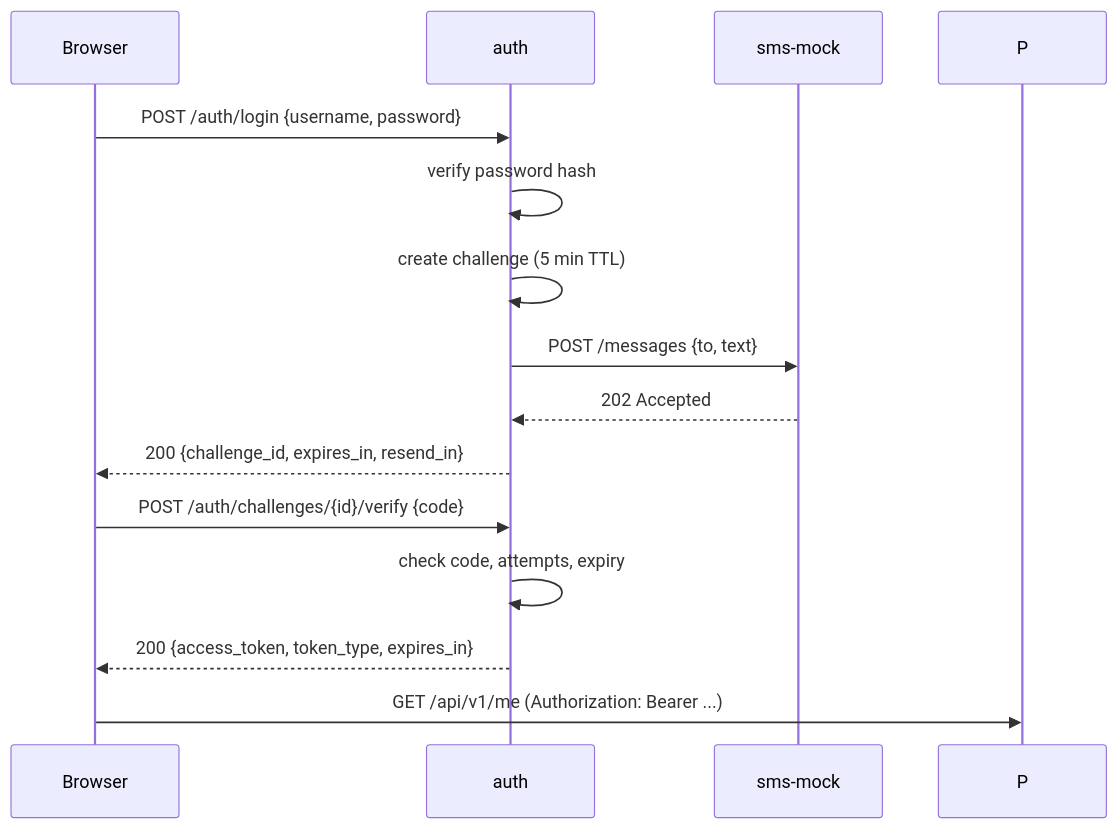
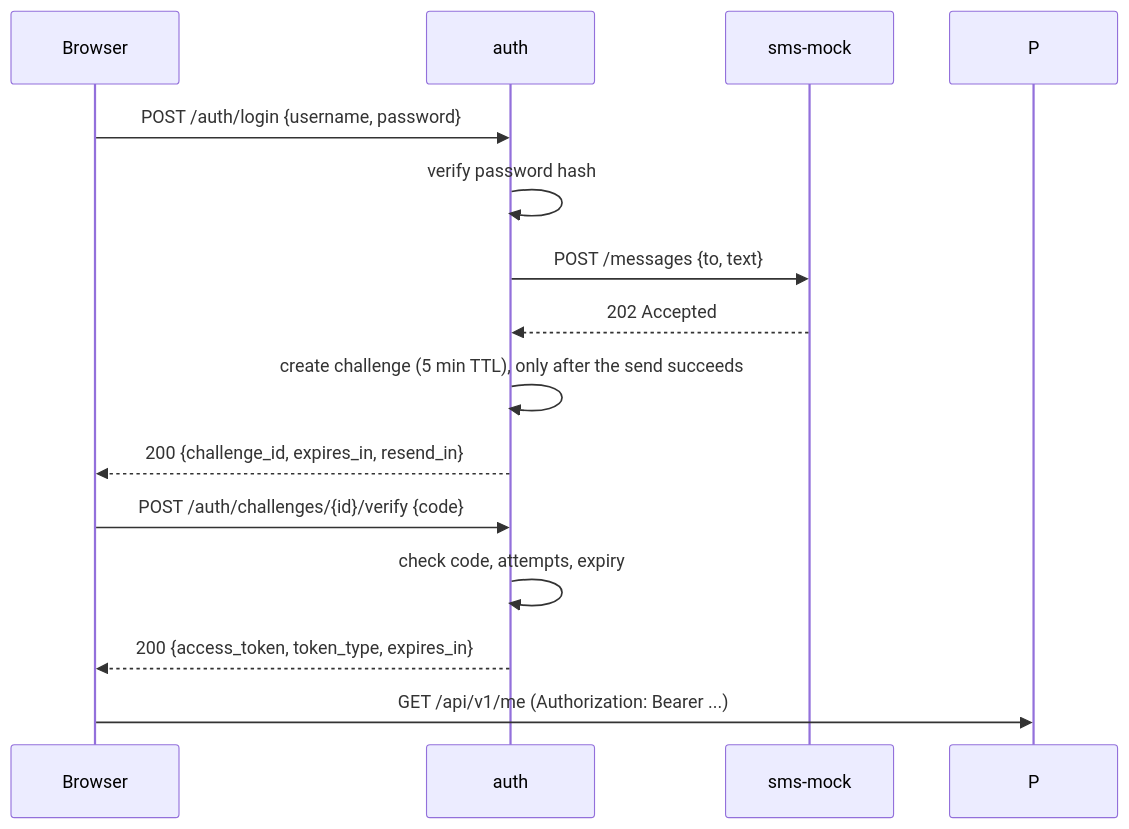
The second of 2 diagrams in docs/requirements.md (jiaqing123/sme-demo), drawn with Mermaid before and after one commit. The commit also changed other lines of this file and 17 other files, not shown here.

````diff
--- a/docs/requirements.md
+++ b/docs/requirements.md
@@ -196,16 +196,16 @@
 ```mermaid
 sequenceDiagram
     participant B as Browser
     participant A as auth
     participant S as sms-mock
     B->>A: POST /auth/login {username, password}
     A->>A: verify password hash
-    A->>A: create challenge (5 min TTL)
     A->>S: POST /messages {to, text}
     S-->>A: 202 Accepted
+    A->>A: create challenge (5 min TTL), only after the send succeeds
     A-->>B: 200 {challenge_id, expires_in, resend_in}
     B->>A: POST /auth/challenges/{id}/verify {code}
     A->>A: check code, attempts, expiry
     A-->>B: 200 {access_token, token_type, expires_in}
     B->>P: GET /api/v1/me (Authorization: Bearer ...)
 ```
````
